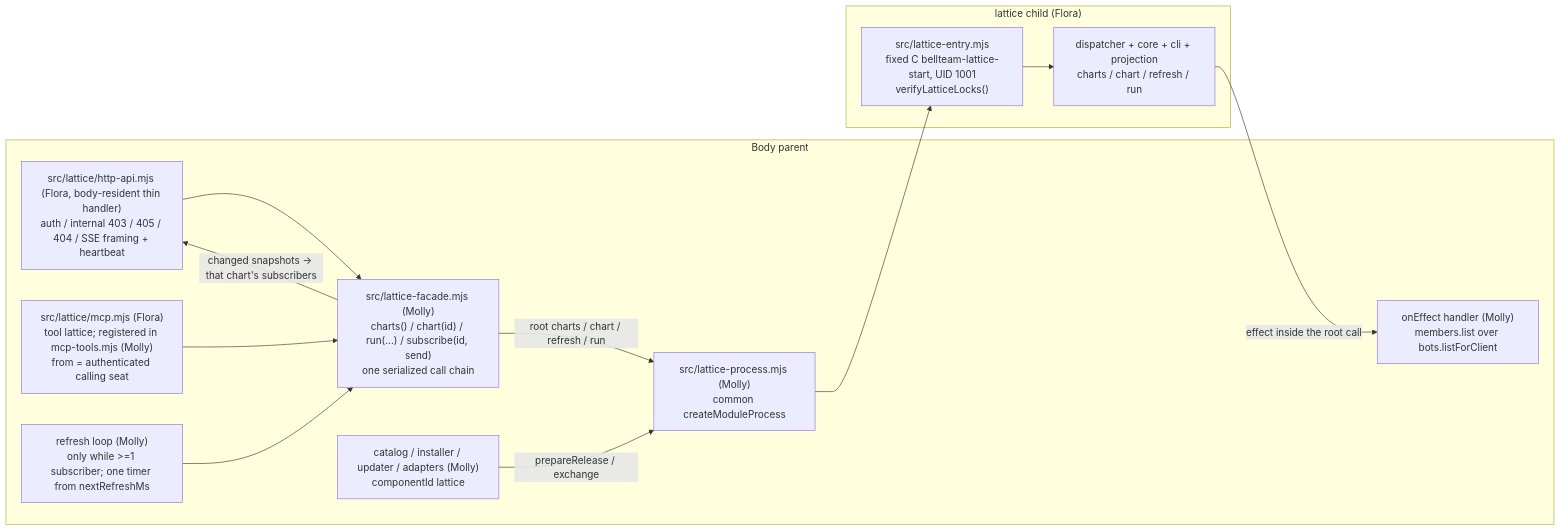
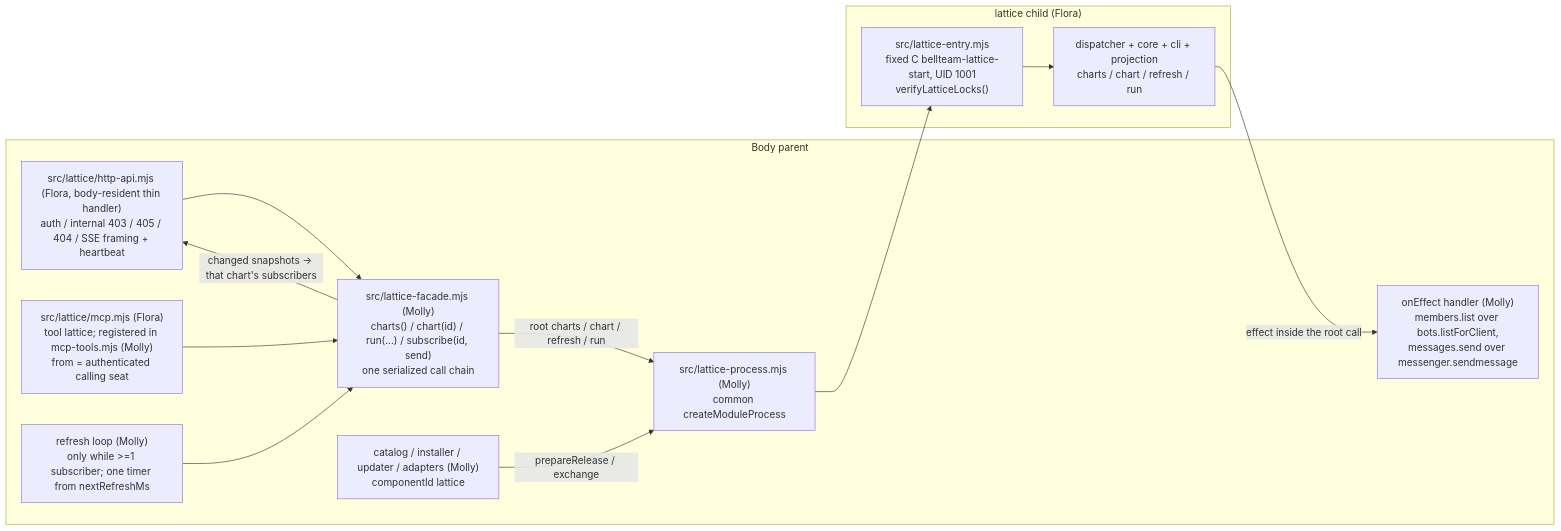
One commit to kitepon/BellTeam changed the diagram in docs/architecture/modules/runtime/lattice-child.md. Above: the diagram before and after it, drawn with Mermaid. The commit also changed other lines of this file and 11 other files, not shown here.

````diff
--- a/docs/architecture/modules/runtime/lattice-child.md
+++ b/docs/architecture/modules/runtime/lattice-child.md
@@ -7,24 +7,24 @@
 ```mermaid
 flowchart LR
   subgraph Parent["Body parent"]
     Route["src/lattice/http-api.mjs (Flora, body-resident thin handler)<br/>auth / internal 403 / 405 / 404 / SSE framing + heartbeat"]
     Tool["src/lattice/mcp.mjs (Flora)<br/>tool lattice; registered in mcp-tools.mjs (Molly)<br/>from = authenticated calling seat"]
     Facade["src/lattice-facade.mjs (Molly)<br/>charts() / chart(id) / run(...) / subscribe(id, send)<br/>one serialized call chain"]
     Loop["refresh loop (Molly)<br/>only while >=1 subscriber; one timer from nextRefreshMs"]
     Proc["src/lattice-process.mjs (Molly)<br/>common createModuleProcess"]
-    Ports["onEffect handler (Molly)<br/>members.list over bots.listForClient"]
+    Ports["onEffect handler (Molly)<br/>members.list over bots.listForClient,<br/>messages.send over messenger.sendmessage"]
     Update["catalog / installer / updater / adapters (Molly)<br/>componentId lattice"]
   end
   subgraph Child["lattice child (Flora)"]
     Entry["src/lattice-entry.mjs<br/>fixed C bellteam-lattice-start, UID 1001<br/>verifyLatticeLocks()"]
     Disp["dispatcher + core + cli + projection<br/>charts / chart / refresh / run"]
   end
   Route --> Facade
   Tool --> Facade
   Loop --> Facade
   Facade -->|"root charts / chart / refresh / run"| Proc
   Proc --> Entry --> Disp
   Disp -->|"effect inside the root call"| Ports
   Facade -->|"changed snapshots → that chart's subscribers"| Route
   Update -->|"prepareRelease / exchange"| Proc
 ```
````
